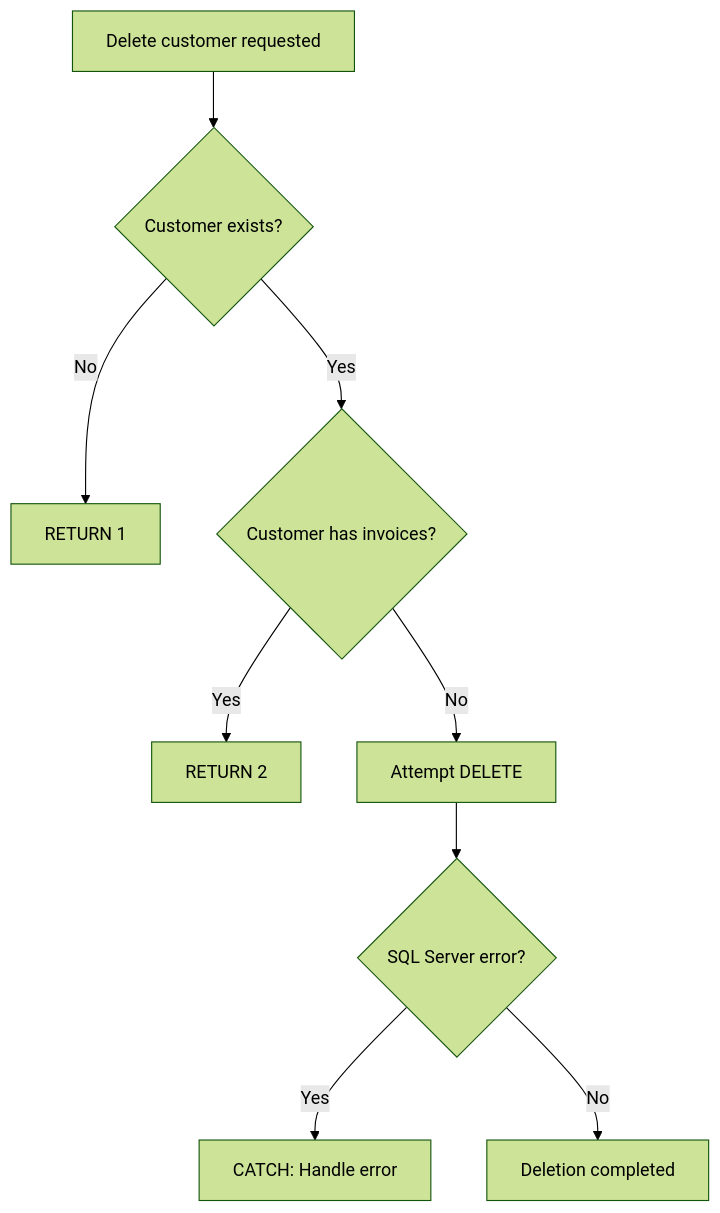
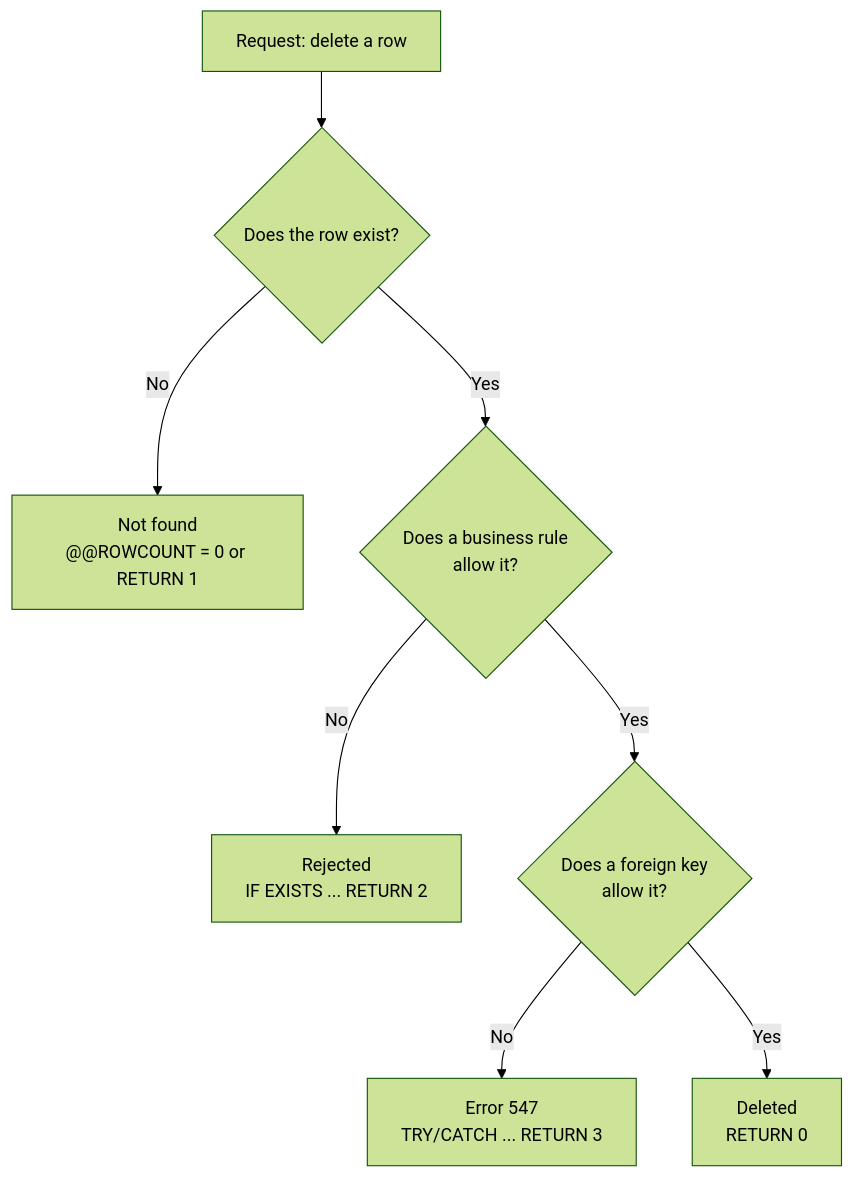
Before and after one commit to tjovic/database-design-labs-public: the third of 4 diagrams in labs/lab07-crud-operations.md, drawn with Mermaid (forest theme). The commit also changed other lines of this file, not shown here.

````diff
--- a/labs/lab07-crud-operations.md
+++ b/labs/lab07-crud-operations.md
@@ -1898,11 +1956,10 @@
 ```mermaid
 flowchart TD
-    A["Delete customer requested"] --> B{"Customer exists?"}
-    B -- No --> C["RETURN 1"]
-    B -- Yes --> D{"Customer has invoices?"}
-    D -- Yes --> E["RETURN 2"]
-    D -- No --> F["Attempt DELETE"]
-    F --> G{"SQL Server error?"}
-    G -- Yes --> H["CATCH: Handle error"]
-    G -- No --> I["Deletion completed"]
+    A[Request: delete a row] --> B{Does the row exist?}
+    B -- No --> R1["Not found<br/>@@ROWCOUNT = 0 or RETURN 1"]
+    B -- Yes --> C{Does a business rule<br/>allow it?}
+    C -- No --> R2["Rejected<br/>IF EXISTS ... RETURN 2"]
+    C -- Yes --> D{Does a foreign key<br/>allow it?}
+    D -- No --> R3["Error 547<br/>TRY/CATCH ... RETURN 3"]
+    D -- Yes --> R4["Deleted<br/>RETURN 0"]
 ```
````
